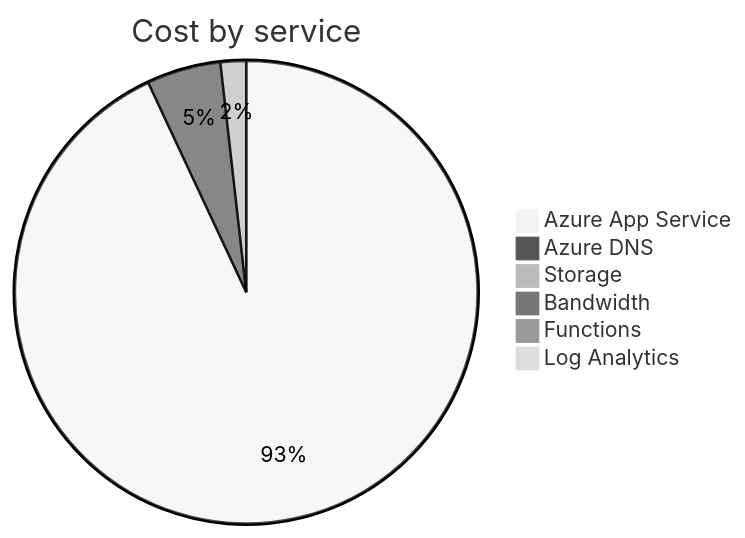
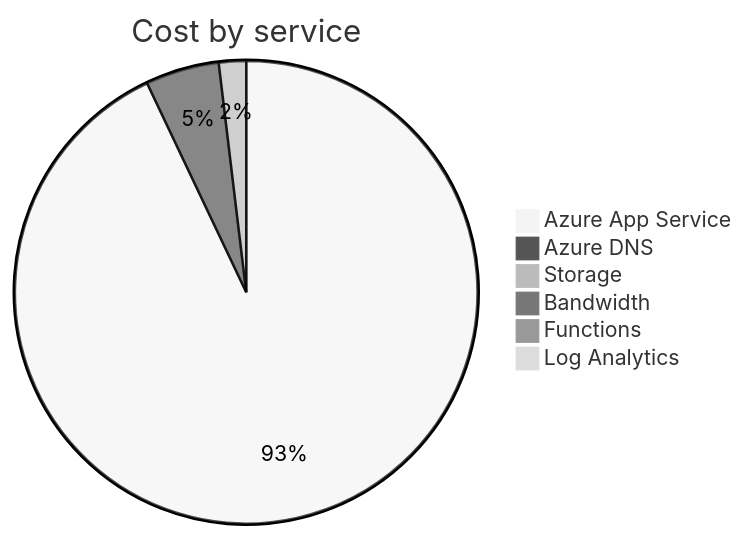
The second of 4 diagrams in cost-reports/accumulated-cost.md (jpfulton/azure-personal-reports), drawn with Mermaid (neutral theme) before and after one commit. The commit also changed other lines of this file and 4 other files, not shown here.

````diff
--- a/cost-reports/accumulated-cost.md
+++ b/cost-reports/accumulated-cost.md
@@ -100,10 +100,10 @@
 ```mermaid
 pie
    title Cost by service
-   "Azure App Service" : 4.68
-   "Azure DNS" : 0.26
-   "Storage" : 0.09
+   "Azure App Service" : 4.88
+   "Azure DNS" : 0.27
+   "Storage" : 0.10
    "Bandwidth" : 0.00
    "Functions" : 0.00
    "Log Analytics" : 0.00
 ```
````
